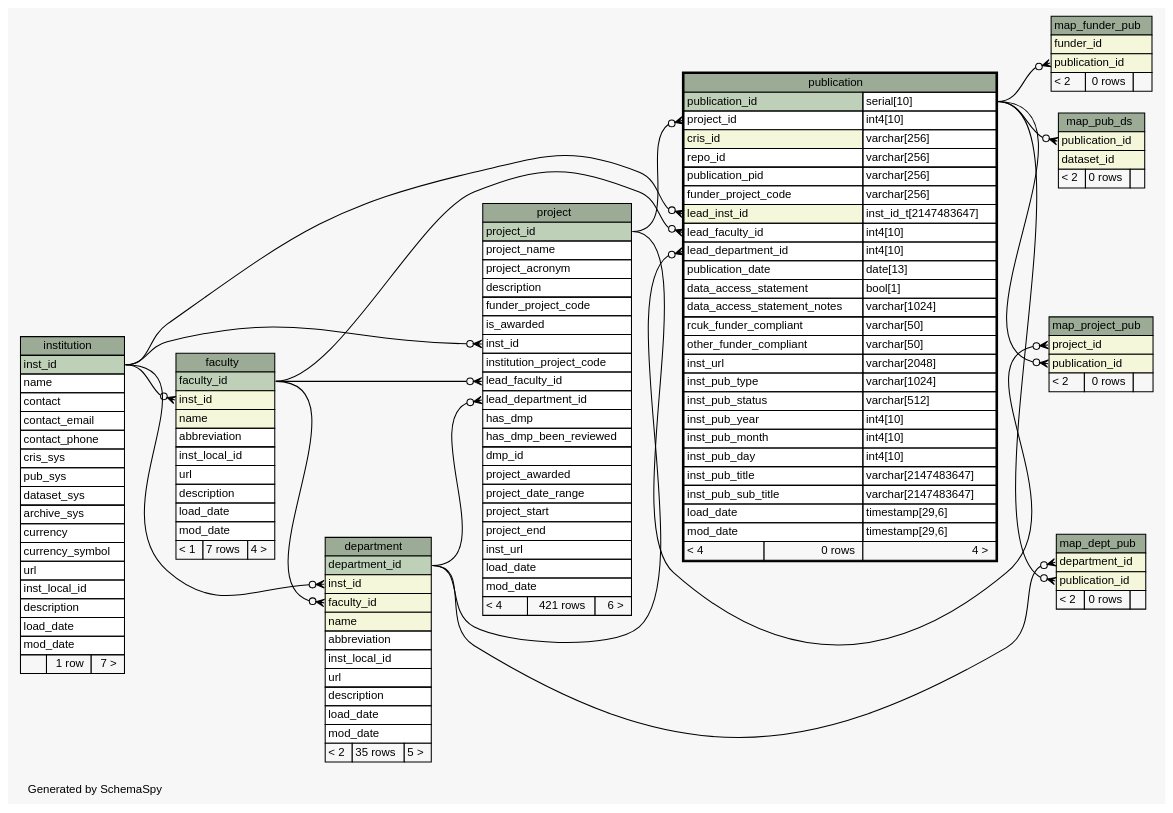
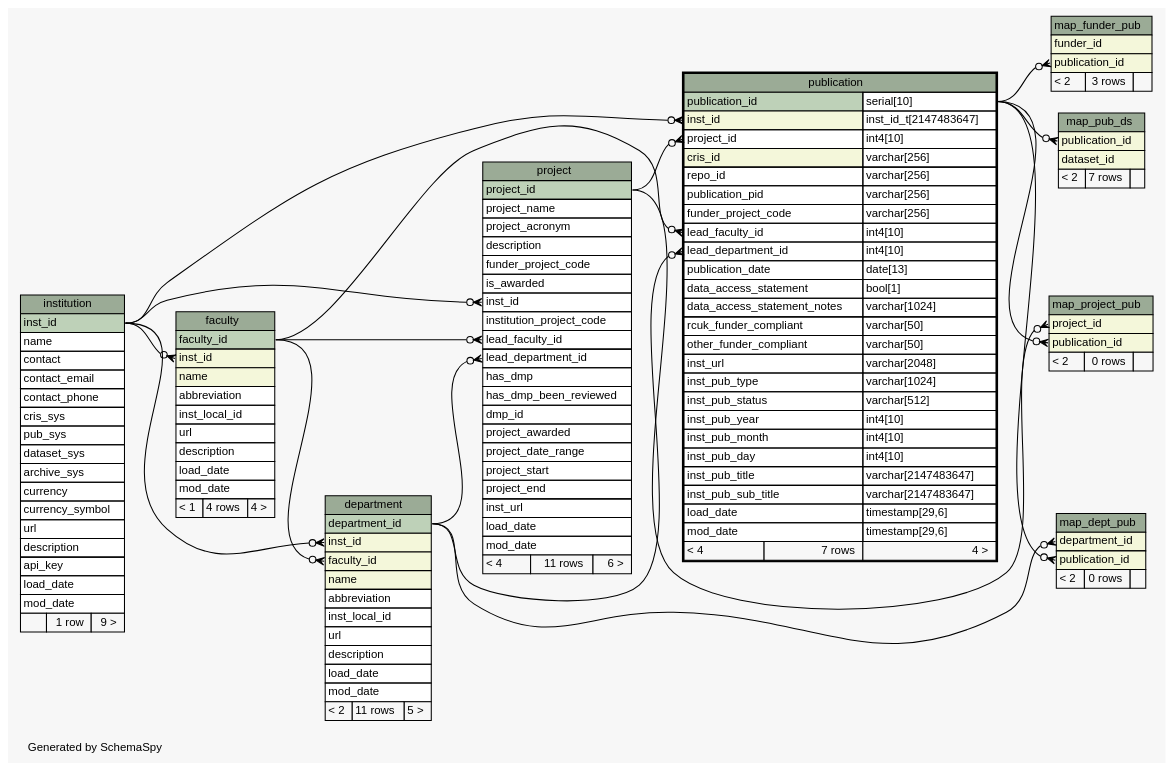
One commit to lulibrary/dmao_infrastructure changed the diagram in ss.out/diagrams/publication.1degree.dot. Above: the diagram before and after it, drawn with Graphviz. The commit also changed 79 other files, not shown here.

Commit message:
Addinf API calls to support simple login and access to APIs using an api_key.

```diff
--- a/ss.out/diagrams/publication.1degree.dot
+++ b/ss.out/diagrams/publication.1degree.dot
@@ -1,4 +1,4 @@
-// dot 2.38.0 on Linux 3.16.0-4-amd64
+// dot 2.36.0 on Linux 3.13.0-63-generic
 // SchemaSpy rev 590
 digraph "oneDegreeRelationshipsDiagram" {
   graph [
@@ -31,9 +31,9 @@
   "project":"inst_id":w -> "institution":"inst_id":e [arrowhead=none dir=back arrowtail=crowodot];
   "project":"lead_department_id":w -> "department":"department_id":e [arrowhead=none dir=back arrowtail=crowodot];
   "project":"lead_faculty_id":w -> "faculty":"faculty_id":e [arrowhead=none dir=back arrowtail=crowodot];
+  "publication":"inst_id":w -> "institution":"inst_id":e [arrowhead=none dir=back arrowtail=crowodot];
   "publication":"lead_department_id":w -> "department":"department_id":e [arrowhead=none dir=back arrowtail=crowodot];
   "publication":"lead_faculty_id":w -> "faculty":"faculty_id":e [arrowhead=none dir=back arrowtail=crowodot];
-  "publication":"lead_inst_id":w -> "institution":"inst_id":e [arrowhead=none dir=back arrowtail=crowodot];
   "publication":"project_id":w -> "project":"project_id":e [arrowhead=none dir=back arrowtail=crowodot];
   "department" [
     label=<
@@ -49,7 +49,7 @@
       <TR><TD PORT="description" COLSPAN="3" ALIGN="LEFT">description</TD></TR>
       <TR><TD PORT="load_date" COLSPAN="3" ALIGN="LEFT">load_date</TD></TR>
       <TR><TD PORT="mod_date" COLSPAN="3" ALIGN="LEFT">mod_date</TD></TR>
-      <TR><TD ALIGN="LEFT" BGCOLOR="#f7f7f7">&lt; 2</TD><TD ALIGN="RIGHT" BGCOLOR="#f7f7f7">35 rows</TD><TD ALIGN="RIGHT" BGCOLOR="#f7f7f7">5 &gt;</TD></TR>
+      <TR><TD ALIGN="LEFT" BGCOLOR="#f7f7f7">&lt; 2</TD><TD ALIGN="RIGHT" BGCOLOR="#f7f7f7">11 rows</TD><TD ALIGN="RIGHT" BGCOLOR="#f7f7f7">5 &gt;</TD></TR>
     </TABLE>>
     URL="department.html"
     tooltip="department"
@@ -67,7 +67,7 @@
       <TR><TD PORT="description" COLSPAN="3" ALIGN="LEFT">description</TD></TR>
       <TR><TD PORT="load_date" COLSPAN="3" ALIGN="LEFT">load_date</TD></TR>
       <TR><TD PORT="mod_date" COLSPAN="3" ALIGN="LEFT">mod_date</TD></TR>
-      <TR><TD ALIGN="LEFT" BGCOLOR="#f7f7f7">&lt; 1</TD><TD ALIGN="RIGHT" BGCOLOR="#f7f7f7">7 rows</TD><TD ALIGN="RIGHT" BGCOLOR="#f7f7f7">4 &gt;</TD></TR>
+      <TR><TD ALIGN="LEFT" BGCOLOR="#f7f7f7">&lt; 1</TD><TD ALIGN="RIGHT" BGCOLOR="#f7f7f7">4 rows</TD><TD ALIGN="RIGHT" BGCOLOR="#f7f7f7">4 &gt;</TD></TR>
     </TABLE>>
     URL="faculty.html"
     tooltip="faculty"
@@ -88,11 +88,11 @@
       <TR><TD PORT="currency" COLSPAN="3" ALIGN="LEFT">currency</TD></TR>
       <TR><TD PORT="currency_symbol" COLSPAN="3" ALIGN="LEFT">currency_symbol</TD></TR>
       <TR><TD PORT="url" COLSPAN="3" ALIGN="LEFT">url</TD></TR>
-      <TR><TD PORT="inst_local_id" COLSPAN="3" ALIGN="LEFT">inst_local_id</TD></TR>
       <TR><TD PORT="description" COLSPAN="3" ALIGN="LEFT">description</TD></TR>
+      <TR><TD PORT="api_key" COLSPAN="3" ALIGN="LEFT">api_key</TD></TR>
       <TR><TD PORT="load_date" COLSPAN="3" ALIGN="LEFT">load_date</TD></TR>
       <TR><TD PORT="mod_date" COLSPAN="3" ALIGN="LEFT">mod_date</TD></TR>
-      <TR><TD ALIGN="LEFT" BGCOLOR="#f7f7f7">  </TD><TD ALIGN="RIGHT" BGCOLOR="#f7f7f7">1 row</TD><TD ALIGN="RIGHT" BGCOLOR="#f7f7f7">7 &gt;</TD></TR>
+      <TR><TD ALIGN="LEFT" BGCOLOR="#f7f7f7">  </TD><TD ALIGN="RIGHT" BGCOLOR="#f7f7f7">1 row</TD><TD ALIGN="RIGHT" BGCOLOR="#f7f7f7">9 &gt;</TD></TR>
     </TABLE>>
     URL="institution.html"
     tooltip="institution"
@@ -114,7 +114,7 @@
       <TR><TD COLSPAN="3" BGCOLOR="#9bab96" ALIGN="CENTER">map_funder_pub</TD></TR>
       <TR><TD PORT="funder_id" COLSPAN="3" BGCOLOR="#f4f7da" ALIGN="LEFT">funder_id</TD></TR>
       <TR><TD PORT="publication_id" COLSPAN="3" BGCOLOR="#f4f7da" ALIGN="LEFT">publication_id</TD></TR>
-      <TR><TD ALIGN="LEFT" BGCOLOR="#f7f7f7">&lt; 2</TD><TD ALIGN="RIGHT" BGCOLOR="#f7f7f7">0 rows</TD><TD ALIGN="RIGHT" BGCOLOR="#f7f7f7">  </TD></TR>
+      <TR><TD ALIGN="LEFT" BGCOLOR="#f7f7f7">&lt; 2</TD><TD ALIGN="RIGHT" BGCOLOR="#f7f7f7">3 rows</TD><TD ALIGN="RIGHT" BGCOLOR="#f7f7f7">  </TD></TR>
     </TABLE>>
     URL="map_funder_pub.html"
     tooltip="map_funder_pub"
@@ -136,7 +136,7 @@
       <TR><TD COLSPAN="3" BGCOLOR="#9bab96" ALIGN="CENTER">map_pub_ds</TD></TR>
       <TR><TD PORT="publication_id" COLSPAN="3" BGCOLOR="#f4f7da" ALIGN="LEFT">publication_id</TD></TR>
       <TR><TD PORT="dataset_id" COLSPAN="3" BGCOLOR="#f4f7da" ALIGN="LEFT">dataset_id</TD></TR>
-      <TR><TD ALIGN="LEFT" BGCOLOR="#f7f7f7">&lt; 2</TD><TD ALIGN="RIGHT" BGCOLOR="#f7f7f7">0 rows</TD><TD ALIGN="RIGHT" BGCOLOR="#f7f7f7">  </TD></TR>
+      <TR><TD ALIGN="LEFT" BGCOLOR="#f7f7f7">&lt; 2</TD><TD ALIGN="RIGHT" BGCOLOR="#f7f7f7">7 rows</TD><TD ALIGN="RIGHT" BGCOLOR="#f7f7f7">  </TD></TR>
     </TABLE>>
     URL="map_pub_ds.html"
     tooltip="map_pub_ds"
@@ -165,7 +165,7 @@
       <TR><TD PORT="inst_url" COLSPAN="3" ALIGN="LEFT">inst_url</TD></TR>
       <TR><TD PORT="load_date" COLSPAN="3" ALIGN="LEFT">load_date</TD></TR>
       <TR><TD PORT="mod_date" COLSPAN="3" ALIGN="LEFT">mod_date</TD></TR>
-      <TR><TD ALIGN="LEFT" BGCOLOR="#f7f7f7">&lt; 4</TD><TD ALIGN="RIGHT" BGCOLOR="#f7f7f7">421 rows</TD><TD ALIGN="RIGHT" BGCOLOR="#f7f7f7">6 &gt;</TD></TR>
+      <TR><TD ALIGN="LEFT" BGCOLOR="#f7f7f7">&lt; 4</TD><TD ALIGN="RIGHT" BGCOLOR="#f7f7f7">11 rows</TD><TD ALIGN="RIGHT" BGCOLOR="#f7f7f7">6 &gt;</TD></TR>
     </TABLE>>
     URL="project.html"
     tooltip="project"
@@ -175,12 +175,12 @@
     <TABLE BORDER="2" CELLBORDER="1" CELLSPACING="0" BGCOLOR="#ffffff">
       <TR><TD COLSPAN="3" BGCOLOR="#9bab96" ALIGN="CENTER">publication</TD></TR>
       <TR><TD PORT="publication_id" COLSPAN="2" BGCOLOR="#bed1b8" ALIGN="LEFT">publication_id</TD><TD PORT="publication_id.type" ALIGN="LEFT">serial[10]</TD></TR>
+      <TR><TD PORT="inst_id" COLSPAN="2" BGCOLOR="#f4f7da" ALIGN="LEFT">inst_id</TD><TD PORT="inst_id.type" ALIGN="LEFT">inst_id_t[2147483647]</TD></TR>
       <TR><TD PORT="project_id" COLSPAN="2" ALIGN="LEFT">project_id</TD><TD PORT="project_id.type" ALIGN="LEFT">int4[10]</TD></TR>
       <TR><TD PORT="cris_id" COLSPAN="2" BGCOLOR="#f4f7da" ALIGN="LEFT">cris_id</TD><TD PORT="cris_id.type" ALIGN="LEFT">varchar[256]</TD></TR>
       <TR><TD PORT="repo_id" COLSPAN="2" ALIGN="LEFT">repo_id</TD><TD PORT="repo_id.type" ALIGN="LEFT">varchar[256]</TD></TR>
       <TR><TD PORT="publication_pid" COLSPAN="2" ALIGN="LEFT">publication_pid</TD><TD PORT="publication_pid.type" ALIGN="LEFT">varchar[256]</TD></TR>
       <TR><TD PORT="funder_project_code" COLSPAN="2" ALIGN="LEFT">funder_project_code</TD><TD PORT="funder_project_code.type" ALIGN="LEFT">varchar[256]</TD></TR>
-      <TR><TD PORT="lead_inst_id" COLSPAN="2" BGCOLOR="#f4f7da" ALIGN="LEFT">lead_inst_id</TD><TD PORT="lead_inst_id.type" ALIGN="LEFT">inst_id_t[2147483647]</TD></TR>
       <TR><TD PORT="lead_faculty_id" COLSPAN="2" ALIGN="LEFT">lead_faculty_id</TD><TD PORT="lead_faculty_id.type" ALIGN="LEFT">int4[10]</TD></TR>
       <TR><TD PORT="lead_department_id" COLSPAN="2" ALIGN="LEFT">lead_department_id</TD><TD PORT="lead_department_id.type" ALIGN="LEFT">int4[10]</TD></TR>
       <TR><TD PORT="publication_date" COLSPAN="2" ALIGN="LEFT">publication_date</TD><TD PORT="publication_date.type" ALIGN="LEFT">date[13]</TD></TR>
@@ -198,7 +198,7 @@
       <TR><TD PORT="inst_pub_sub_title" COLSPAN="2" ALIGN="LEFT">inst_pub_sub_title</TD><TD PORT="inst_pub_sub_title.type" ALIGN="LEFT">varchar[2147483647]</TD></TR>
       <TR><TD PORT="load_date" COLSPAN="2" ALIGN="LEFT">load_date</TD><TD PORT="load_date.type" ALIGN="LEFT">timestamp[29,6]</TD></TR>
       <TR><TD PORT="mod_date" COLSPAN="2" ALIGN="LEFT">mod_date</TD><TD PORT="mod_date.type" ALIGN="LEFT">timestamp[29,6]</TD></TR>
-      <TR><TD ALIGN="LEFT" BGCOLOR="#f7f7f7">&lt; 4</TD><TD ALIGN="RIGHT" BGCOLOR="#f7f7f7">0 rows</TD><TD ALIGN="RIGHT" BGCOLOR="#f7f7f7">4 &gt;</TD></TR>
+      <TR><TD ALIGN="LEFT" BGCOLOR="#f7f7f7">&lt; 4</TD><TD ALIGN="RIGHT" BGCOLOR="#f7f7f7">7 rows</TD><TD ALIGN="RIGHT" BGCOLOR="#f7f7f7">4 &gt;</TD></TR>
     </TABLE>>
     URL="publication.html"
     tooltip="publication"
```
